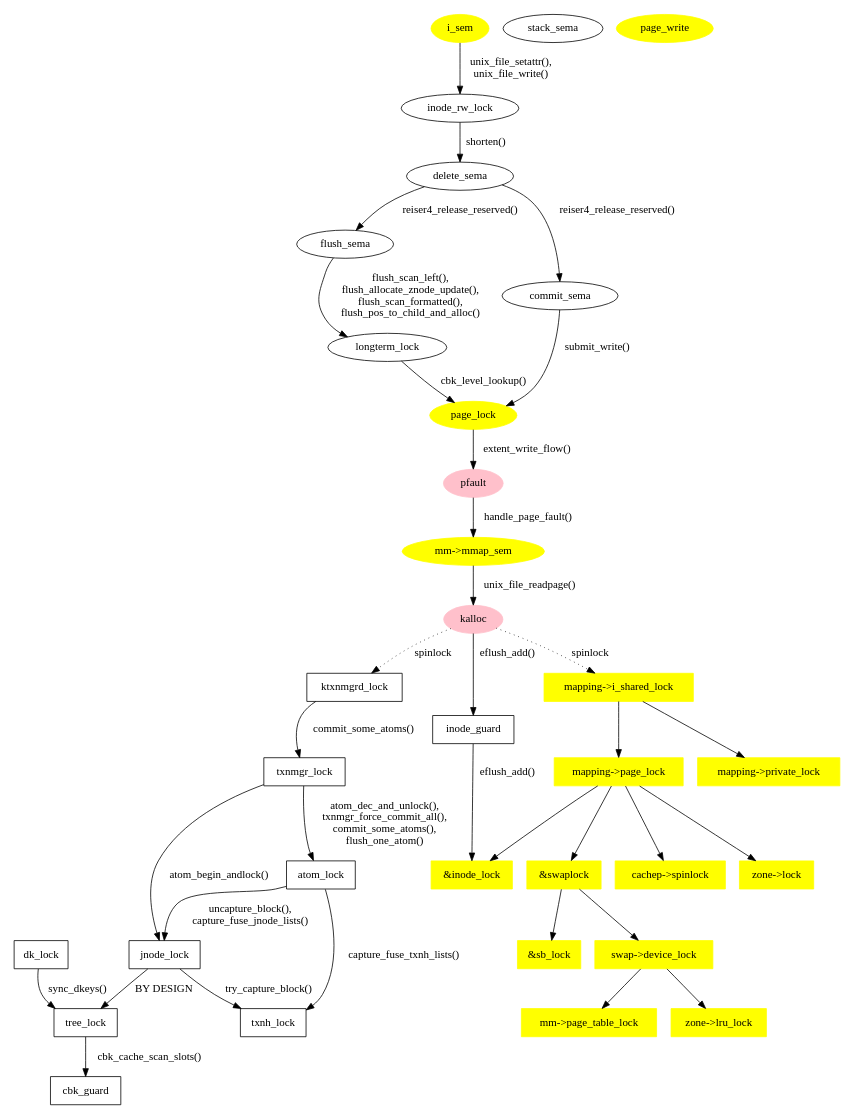
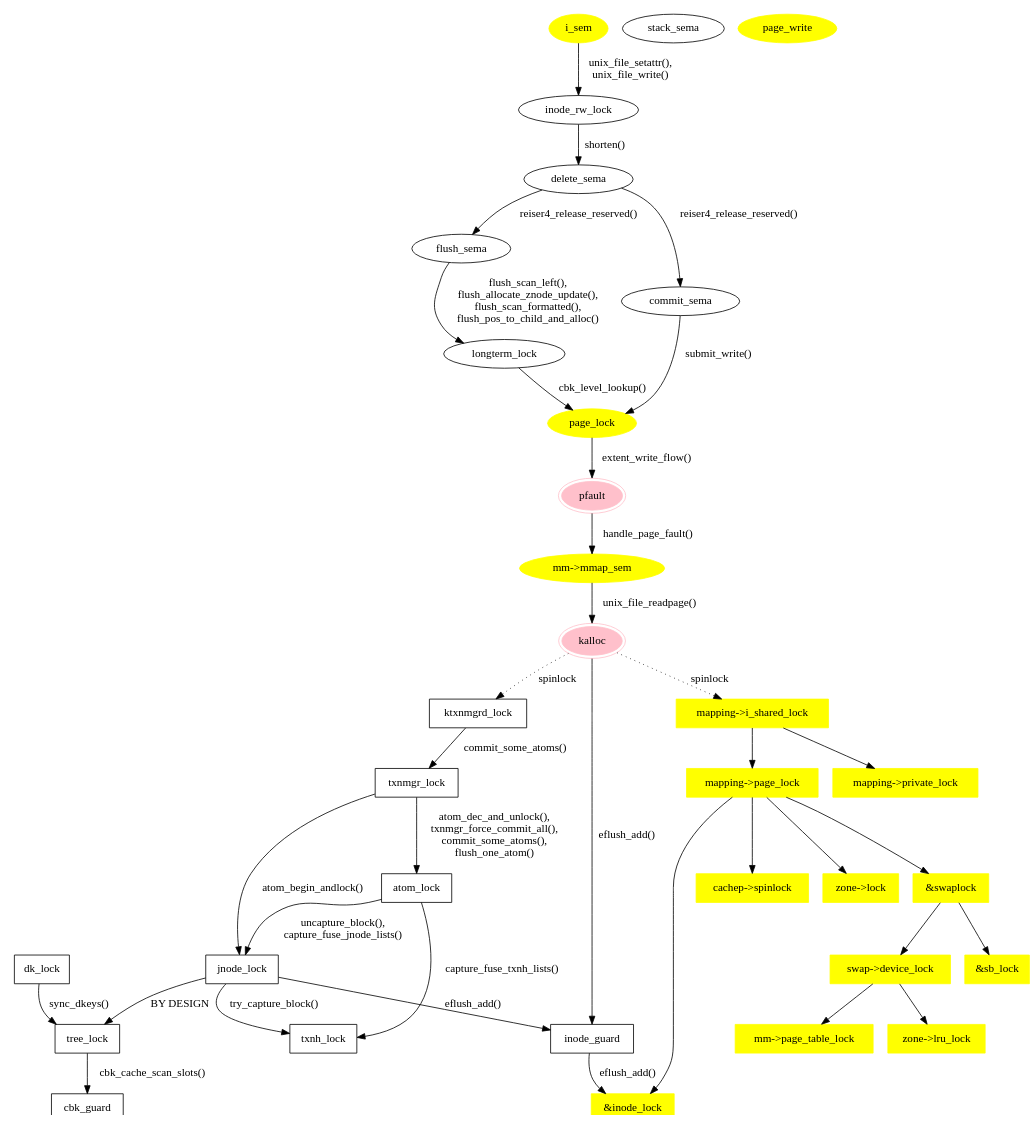
One commit to edward6/reiser4 changed the diagram in doc/lock-ordering.dot. Above: the diagram before and after it, drawn with Graphviz. The commit also changed 3 other files, not shown here.

First line of the commit message:
inode spin lock can be taken from under jnode spin lock. Reflect this in lock-ordering specification and checks

```diff
--- a/doc/lock-ordering.dot
+++ b/doc/lock-ordering.dot
@@ -1,109 +1,110 @@
 digraph locks {
 
 size="18,10"
 
 /* reiser4 spin locks */
 tree_lock [shape=box]
 dk_lock [shape=box]
 jnode_lock [shape=box]
 inode_guard [shape=box]
 atom_lock [shape=box]
 txnh_lock [shape=box]
 txnmgr_lock [shape=box]
 ktxnmgrd_lock [shape=box]
 cbk_guard [shape=box]
 
 //stack_lock [shape=box]
 //super_guard [shape=box]
 //lnode_guard [shape=box]
 //cksum_guard [shape=box]
 //oid_guard [shape=box]
 //test_lock [shape=box]
 //kcond_lock [shape=box]
 //fake_lock [shape=box]
 //panic_guard [shape=box]
 //contexts_lock [shape=box]
 //pset_guard [shape=box]
 //phash_guard [shape=box]
 
 /* reiser4 long term locks */
 longterm_lock
 inode_rw_lock
 stack_sema
 flush_sema
 commit_sema
 delete_sema
 
 //lnode_kcond
 //ktxnmgrd_start
 //ktxnmgrd_wait
 //bnode_sema
 
 /* pseudo locks */
-pfault [color=pink, style=filled]
-kalloc [color=pink, style=filled]
+pfault [color=pink, style=filled, peripheries=2]
+kalloc [color=pink, style=filled, peripheries=2]
 
 /* system spin locks */
 mapping_i_shared_lock [label="mapping->i_shared_lock", shape=box, color=yellow, style=filled]
 mapping_private_lock [label="mapping->private_lock", shape=box, color=yellow, style=filled]
 mapping_page_lock [label="mapping->page_lock", shape=box, color=yellow, style=filled]
 cachep_spinlock [label="cachep->spinlock", shape=box, color=yellow, style=filled]
 zone_lock [label="zone->lock", shape=box, color=yellow, style=filled]
 inode_lock [label="&inode_lock", shape=box, color=yellow, style=filled]
 swaplock [label="&swaplock", shape=box, color=yellow, style=filled]
 swap_device_lock[label="swap->device_lock", shape=box, color=yellow, style=filled]
 mm_page_table_lock [label="mm->page_table_lock", shape=box, color=yellow, style=filled]
 zone_lru_lock [label="zone->lru_lock", shape=box, color=yellow, style=filled]
 sb_lock [label="&sb_lock", shape=box, color=yellow, style=filled]
 
 /* system long term locks */
 mm_mmap_sem [label="mm->mmap_sem", color=yellow, style=filled]
 i_sem [color=yellow, style=filled]
 page_lock [color=yellow, style=filled]
 page_write [color=yellow, style=filled]
 
 /* dependencies */
 
 inode_guard->inode_lock [label="eflush_add()"]
 atom_lock->jnode_lock [label="uncapture_block(),\ncapture_fuse_jnode_lists()"]
 jnode_lock->txnh_lock [label="try_capture_block()"]
 atom_lock->txnh_lock [label="capture_fuse_txnh_lists()"]
 jnode_lock->tree_lock [label="BY DESIGN"]
 tree_lock->cbk_guard [label="cbk_cache_scan_slots()"]
 dk_lock->tree_lock [label="sync_dkeys()"]
 txnmgr_lock->atom_lock [label="atom_dec_and_unlock(),\ntxnmgr_force_commit_all(),\ncommit_some_atoms(),\nflush_one_atom()"]
 txnmgr_lock->jnode_lock [label="atom_begin_andlock()"]
 /* txnmgr_lock->txnh_lock [label="atom_begin_andlock()"] already covered */
 i_sem->inode_rw_lock [label="unix_file_setattr(),\nunix_file_write()"]
 inode_rw_lock->delete_sema [label="shorten()"]
 delete_sema->flush_sema [label="reiser4_release_reserved()"]
 delete_sema->commit_sema [label="reiser4_release_reserved()"]
 flush_sema->longterm_lock [label="flush_scan_left(),\nflush_allocate_znode_update(),\nflush_scan_formatted(),\nflush_pos_to_child_and_alloc()"]
 longterm_lock->page_lock [label="cbk_level_lookup()"]
 commit_sema->page_lock [label="submit_write()"]
 pfault->mm_mmap_sem [label="handle_page_fault()"]
 page_lock->pfault [label="extent_write_flow()"]
 mm_mmap_sem->kalloc [label="unix_file_readpage()"]
+jnode_lock->inode_guard [label="eflush_add()"]
 
 //mm_mmap_sem->inode_rw_lock [label="unix_file_filemap_nopage()", style="dotted"]
 //mm_mmap_sem->kalloc [label="DEAD2", style="dotted"]
 //kalloc->jnode_lock [label="emergency_flush()"]
 //longterm_lock->jnode_lock [label="longterm_unlock_znode(),\nflush_allocate_znode()"]
 
 kalloc->ktxnmgrd_lock [label="spinlock", style=dotted]
 kalloc->mapping_i_shared_lock [label="spinlock", style=dotted]
 
 kalloc->inode_guard [label="eflush_add()"]
 ktxnmgrd_lock->txnmgr_lock [label="commit_some_atoms()"]
 
 mapping_i_shared_lock->mapping_private_lock
 mapping_i_shared_lock->mapping_page_lock
 mapping_page_lock->cachep_spinlock
 mapping_page_lock->zone_lock
 mapping_page_lock->inode_lock
 mapping_page_lock->swaplock
 swaplock->swap_device_lock
 swap_device_lock->mm_page_table_lock
 swap_device_lock->zone_lru_lock
 swaplock->sb_lock
 }
```
